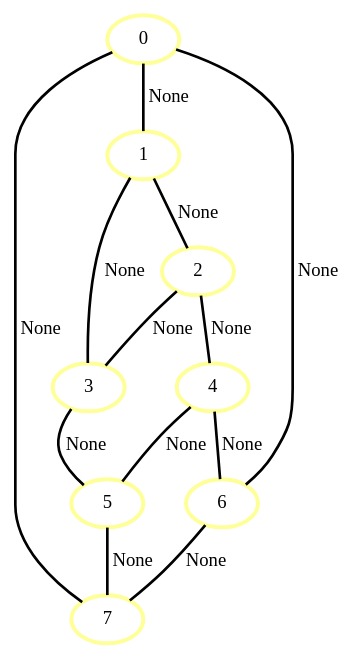
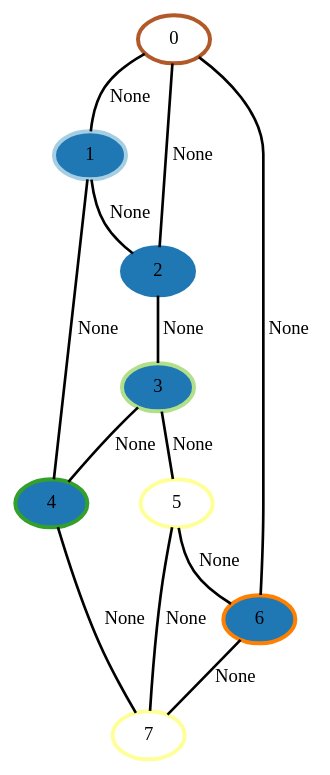
The diagram in src/color_refined_graph.dot (trueGmek/Graphs_Project), drawn with Graphviz before and after one commit. The commit also changed 2 other files, not shown here.

```diff
--- a/src/color_refined_graph.dot
+++ b/src/color_refined_graph.dot
@@ -1,23 +1,23 @@
 graph G {
-    0 [penwidth=3,label="0",color=11, colorscheme=paired12]
-    1 [penwidth=3,label="1",color=11, colorscheme=paired12]
-    2 [penwidth=3,label="2",color=11, colorscheme=paired12]
-    3 [penwidth=3,label="3",color=11, colorscheme=paired12]
-    4 [penwidth=3,label="4",color=11, colorscheme=paired12]
+    0 [penwidth=3,label="0",color=12, colorscheme=paired12]
+    1 [penwidth=3,label="1",color=1, colorscheme=paired12,style=filled,fillcolor=2]
+    2 [penwidth=3,label="2",color=2, colorscheme=paired12,style=filled,fillcolor=2]
+    3 [penwidth=3,label="3",color=3, colorscheme=paired12,style=filled,fillcolor=2]
+    4 [penwidth=3,label="4",color=4, colorscheme=paired12,style=filled,fillcolor=2]
     5 [penwidth=3,label="5",color=11, colorscheme=paired12]
-    6 [penwidth=3,label="6",color=11, colorscheme=paired12]
+    6 [penwidth=3,label="6",color=8, colorscheme=paired12,style=filled,fillcolor=2]
     7 [penwidth=3,label="7",color=11, colorscheme=paired12]
 
     0--1 [penwidth=2,label="None"]
+    0--2 [penwidth=2,label="None"]
     0--6 [penwidth=2,label="None"]
-    0--7 [penwidth=2,label="None"]
     1--2 [penwidth=2,label="None"]
-    1--3 [penwidth=2,label="None"]
+    1--4 [penwidth=2,label="None"]
     2--3 [penwidth=2,label="None"]
-    2--4 [penwidth=2,label="None"]
+    3--4 [penwidth=2,label="None"]
     3--5 [penwidth=2,label="None"]
-    4--5 [penwidth=2,label="None"]
-    4--6 [penwidth=2,label="None"]
+    4--7 [penwidth=2,label="None"]
+    5--6 [penwidth=2,label="None"]
     5--7 [penwidth=2,label="None"]
     6--7 [penwidth=2,label="None"]
 }
```
